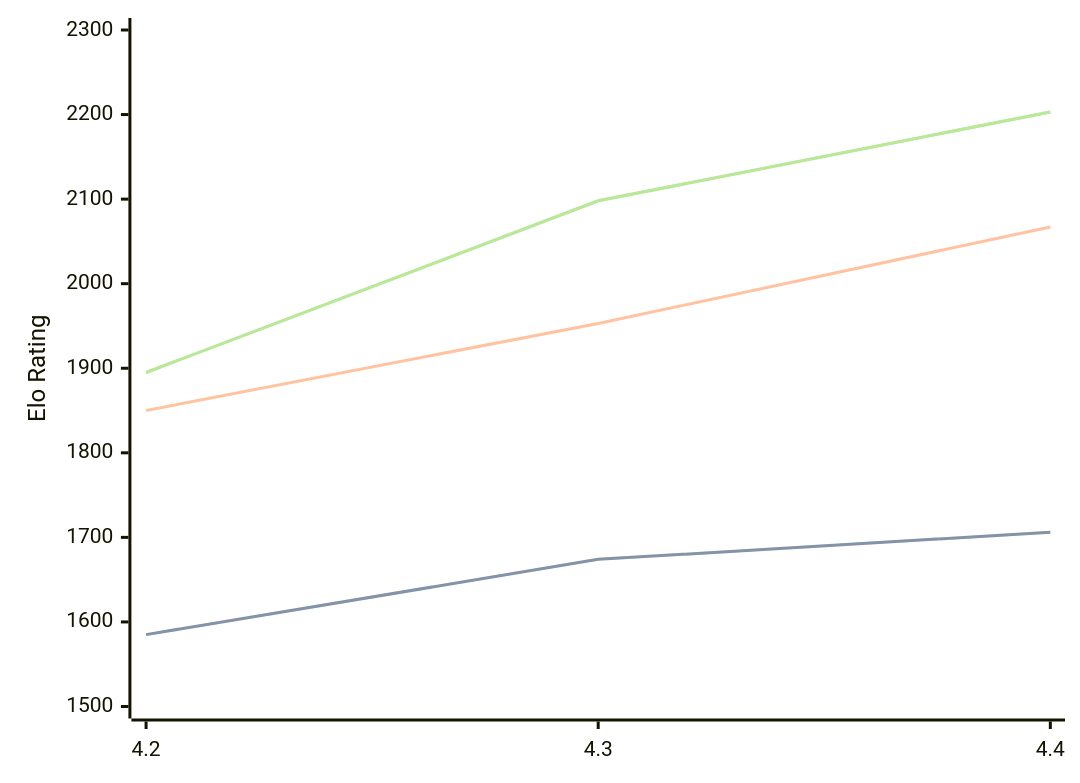
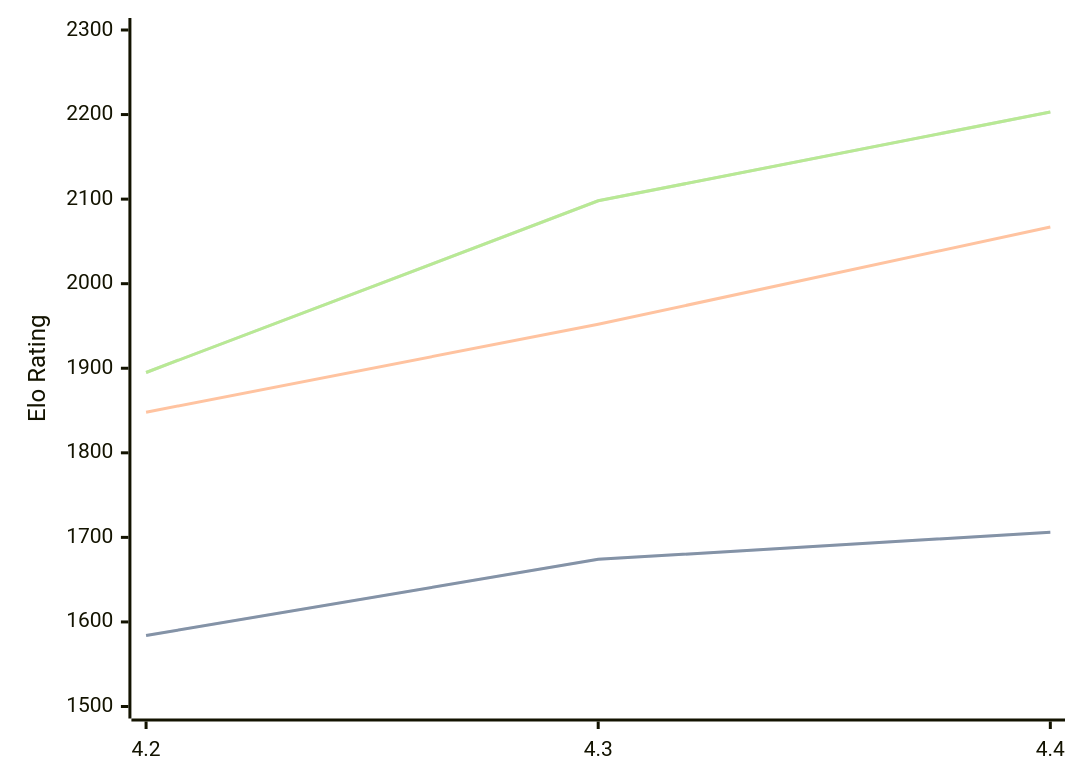
Before and after one commit to computer-chess-index/cci: the diagram in engines/Radiance.md, drawn with Mermaid. The commit also changed other lines of this file, not shown here.

````diff
--- a/engines/Radiance.md
+++ b/engines/Radiance.md
@@ -33,11 +33,11 @@
 ```mermaid
 %%{init: {"theme":"base","themeVariables":{"seriesColors:['#a3a3a3','#222221','#faa371']}}}%%
 xychart-beta
   x-axis ["4.2", "4.3", "4.4"]
   y-axis "Elo Rating" 1500 --> 2300
-  line "" [1585, 1674, 1706]
-  line "STC (8.0+0.08s)" [1585, 1674, 1706]
-  line "LTC (60.0+0.60s)" [1850, 1953, 2067]
+  line "" [1584, 1674, 1706]
+  line "STC (8.0+0.08s)" [1584, 1674, 1706]
+  line "LTC (60.0+0.60s)" [1848, 1952, 2067]
   line "" [1895, 2098, 2203]
   line "VLTC (2m24s+1.12s)" [1895, 2098, 2203]
 ```
````
